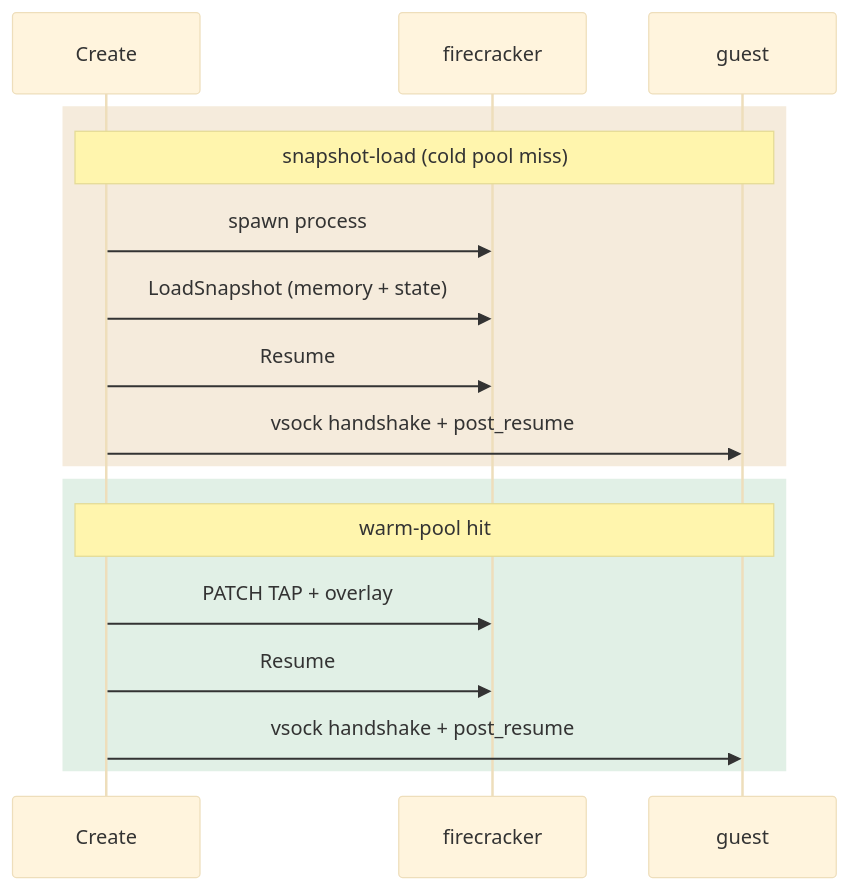
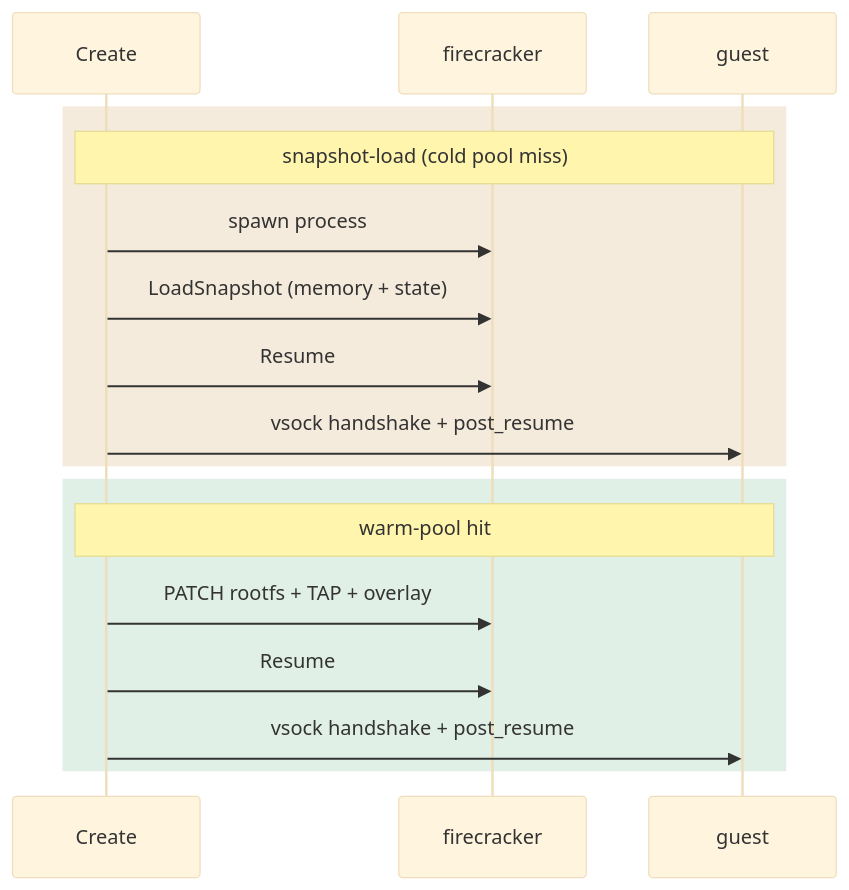
One commit to aerol-ai/microvm changed the fourth of 6 diagrams in docs/src/content/docs/firecracker-hydration.mdx. Above: the diagram before and after it, drawn with Mermaid (base theme). The commit also changed other lines of this file and 6 other files, not shown here.

````diff
--- a/docs/src/content/docs/firecracker-hydration.mdx
+++ b/docs/src/content/docs/firecracker-hydration.mdx
@@ -119,21 +125,21 @@
 ```mermaid
 sequenceDiagram
     participant C as Create
     participant FC as firecracker
     participant G as guest
 
     rect rgb(245, 235, 220)
     Note over C,G: snapshot-load (cold pool miss)
     C->>FC: spawn process
     C->>FC: LoadSnapshot (memory + state)
     C->>FC: Resume
     C->>G: vsock handshake + post_resume
     end
 
     rect rgb(225, 240, 230)
     Note over C,G: warm-pool hit
-    C->>FC: PATCH TAP + overlay
+    C->>FC: PATCH rootfs + TAP + overlay
     C->>FC: Resume
     C->>G: vsock handshake + post_resume
     end
 ```
````
